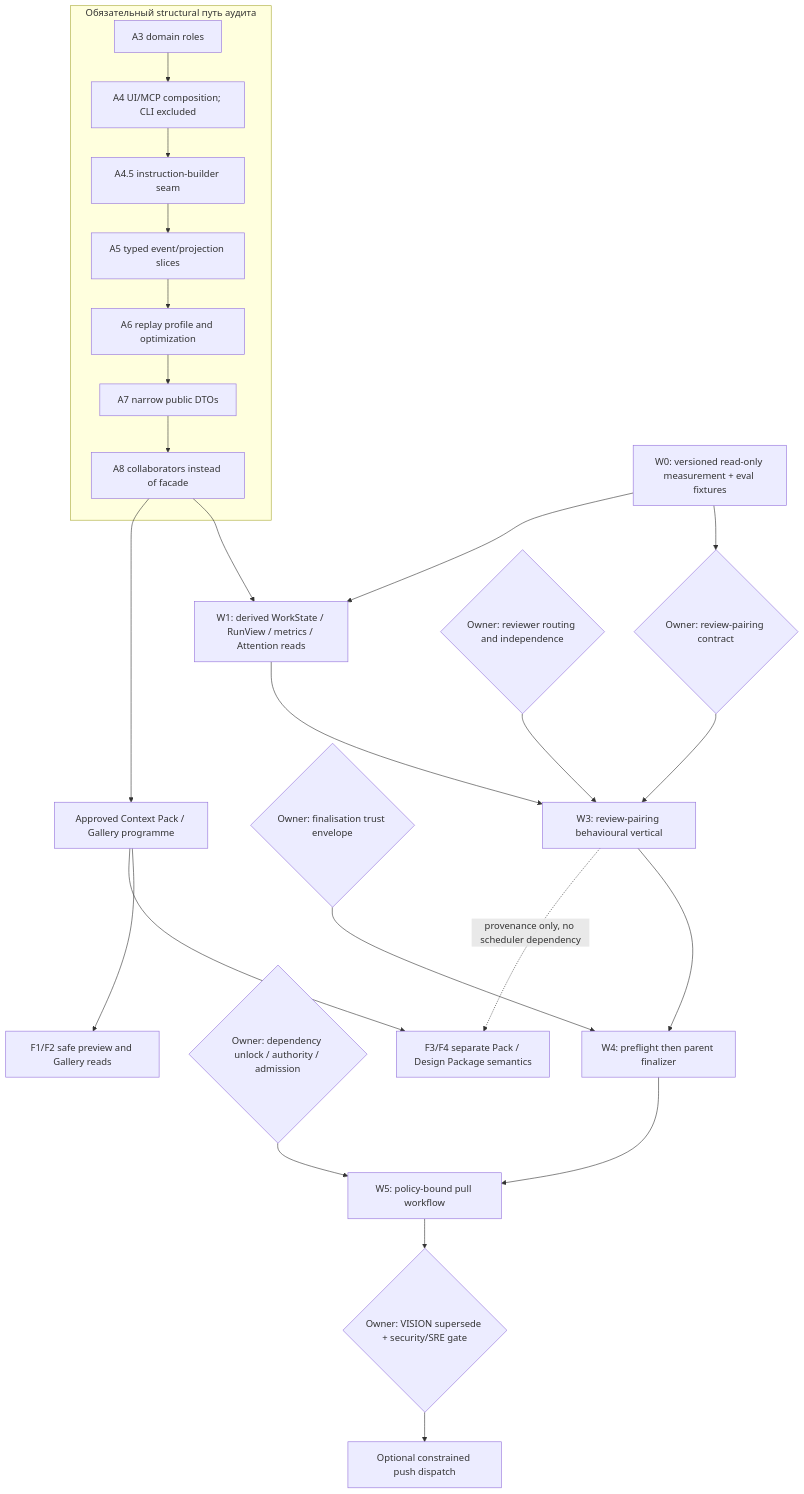
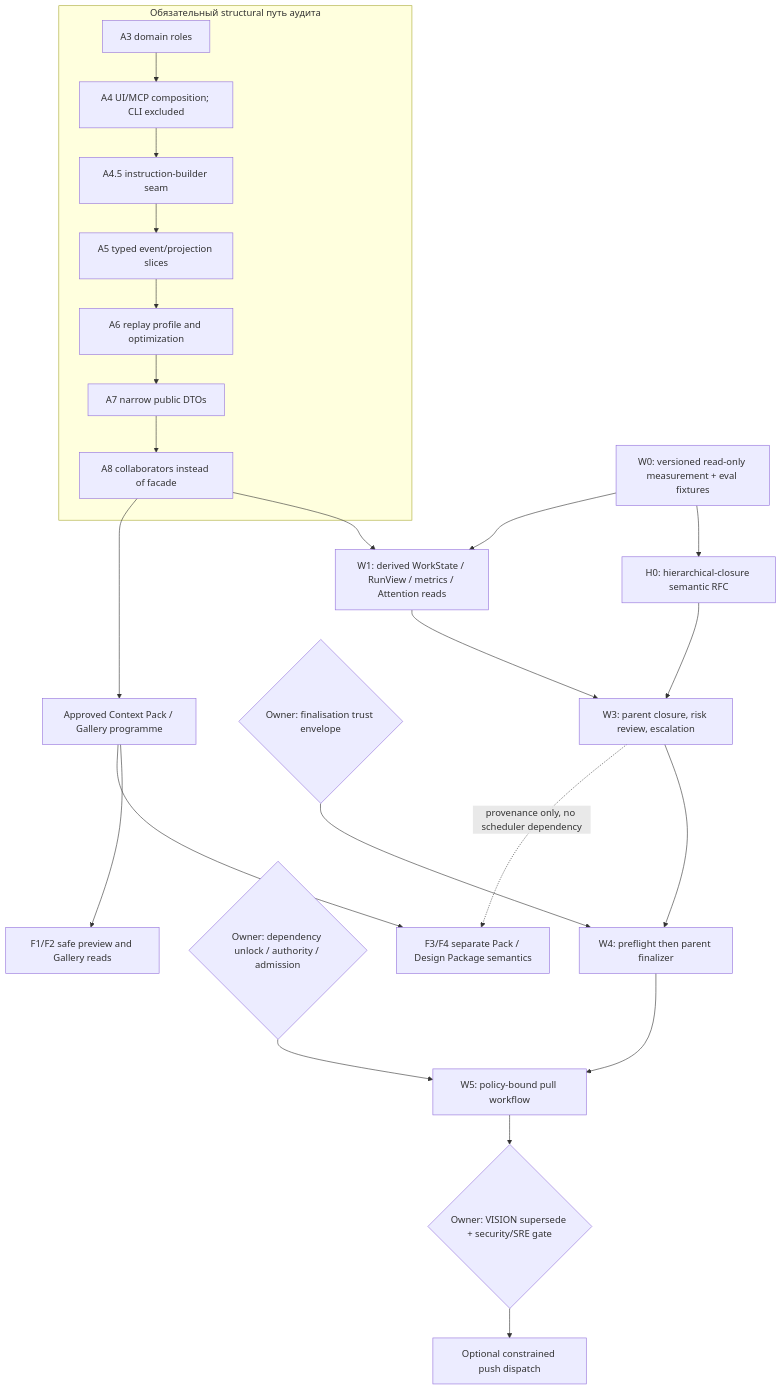
The diagram in docs/architecture-improvement-implementation-plan.md (BejeweledMe/agent-commons), drawn with Mermaid before and after one commit. The commit also changed other lines of this file and 1 other file, not shown here.

First line of the commit message:
Plan Hierarchical Agent Execution

````diff
--- a/docs/architecture-improvement-implementation-plan.md
+++ b/docs/architecture-improvement-implementation-plan.md
@@ -109,30 +115,29 @@
 ```mermaid
 flowchart TD
   subgraph R[Обязательный structural путь аудита]
     A3[A3 domain roles] --> A4[A4 UI/MCP composition; CLI excluded]
     A4 --> A45[A4.5 instruction-builder seam]
     A45 --> A5[A5 typed event/projection slices]
     A5 --> A6[A6 replay profile and optimization]
     A6 --> A7[A7 narrow public DTOs]
     A7 --> A8[A8 collaborators instead of facade]
   end
 
-  M0[W0: versioned read-only measurement + eval fixtures] --> D1{Owner: review-pairing contract}
+  M0[W0: versioned read-only measurement + eval fixtures] --> H0[H0: hierarchical-closure semantic RFC]
   A8 --> W1[W1: derived WorkState / RunView / metrics / Attention reads]
   M0 --> W1
-  D1 --> W3[W3: review-pairing behavioural vertical]
-  D2{Owner: reviewer routing and independence} --> W3
+  H0 --> W3[W3: parent closure, risk review, escalation]
   W1 --> W3
 
   D3{Owner: finalisation trust envelope} --> W4[W4: preflight then parent finalizer]
   W3 --> W4
   D4{Owner: dependency unlock / authority / admission} --> W5[W5: policy-bound pull workflow]
   W4 --> W5
   D9{Owner: VISION supersede + security/SRE gate} --> Push[Optional constrained push dispatch]
   W5 --> D9
 
   A8 --> P1[Approved Context Pack / Gallery programme]
   P1 --> P2[F1/F2 safe preview and Gallery reads]
   P1 --> P3[F3/F4 separate Pack / Design Package semantics]
   W3 -. provenance only, no scheduler dependency .-> P3
 ```
````
